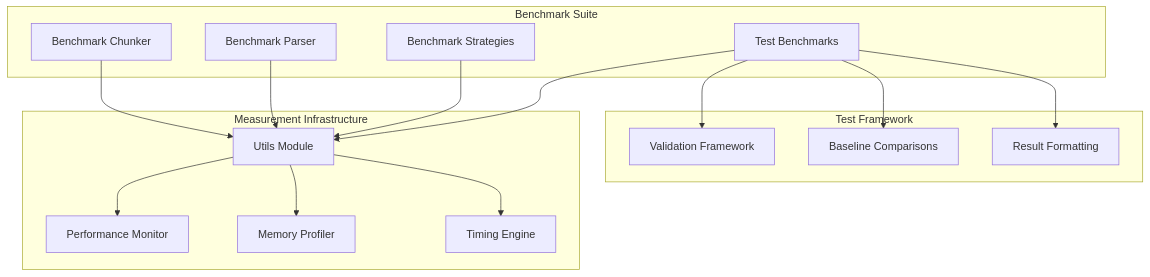
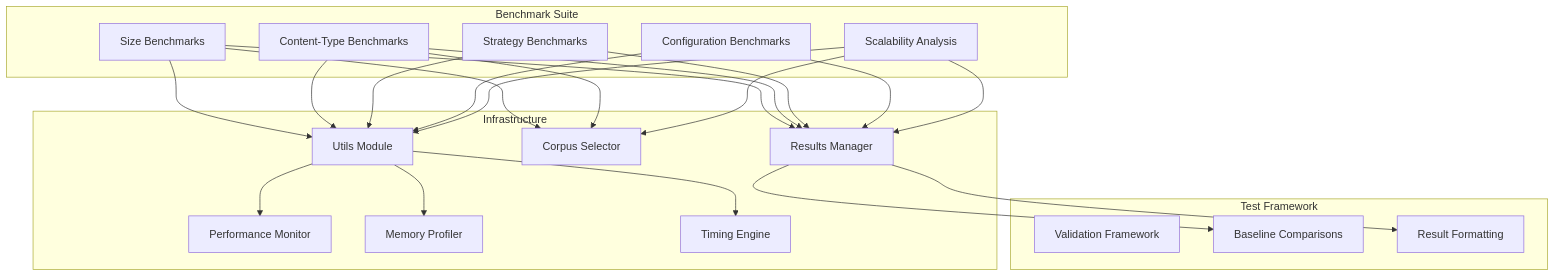
The first of 12 diagrams in .qoder/repowiki/en/content/Testing and Quality/Performance Benchmarks/Performance Benchmarks.md (asukhodko/dify-markdown-chunker), drawn with Mermaid before and after one commit. The commit also changed other lines of this file and 5 other files, not shown here.

````diff
--- a/.qoder/repowiki/en/content/Testing and Quality/Performance Benchmarks/Performance Benchmarks.md
+++ b/.qoder/repowiki/en/content/Testing and Quality/Performance Benchmarks/Performance Benchmarks.md
@@ -37,30 +47,41 @@
 ```mermaid
 graph TB
 subgraph "Benchmark Suite"
-BC[Benchmark Chunker]
-BP[Benchmark Parser]
-BS[Benchmark Strategies]
-TB[Test Benchmarks]
+SB[Size Benchmarks]
+CB[Content-Type Benchmarks]
+STB[Strategy Benchmarks]
+CFB[Configuration Benchmarks]
+SCB[Scalability Analysis]
 end
-subgraph "Measurement Infrastructure"
+subgraph "Infrastructure"
 UT[Utils Module]
+CS[Corpus Selector]
+RM[Results Manager]
 PM[Performance Monitor]
 MM[Memory Profiler]
 TM[Timing Engine]
 end
 subgraph "Test Framework"
 VF[Validation Framework]
 BF[Baseline Comparisons]
 RF[Result Formatting]
 end
-BC --> UT
-BP --> UT
-BS --> UT
-TB --> UT
+SB --> UT
+CB --> UT
+STB --> UT
+CFB --> UT
+SCB --> UT
 UT --> PM
 UT --> MM
 UT --> TM
-TB --> VF
-TB --> BF
-TB --> RF
+SB --> CS
+CB --> CS
+SCB --> CS
+SB --> RM
+CB --> RM
+STB --> RM
+CFB --> RM
+SCB --> RM
+RM --> BF
+RM --> RF
 ```
````
